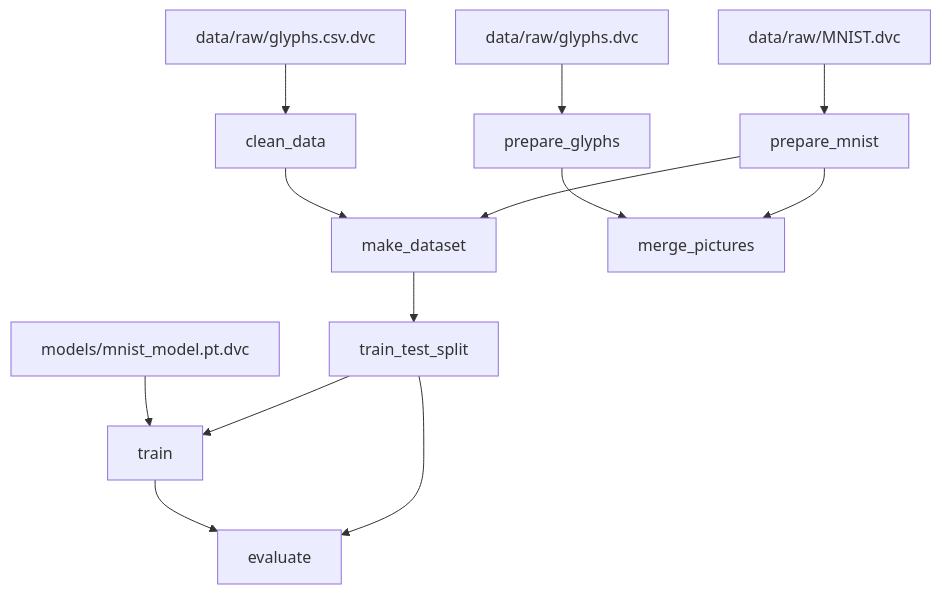
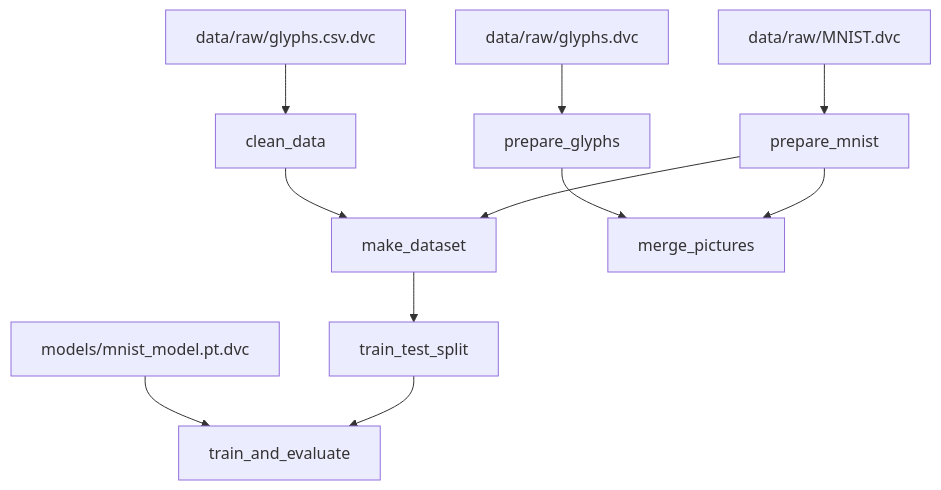
Before and after one commit to nazavr322/ukr-handwriting-classification: the diagram in README.md, drawn with Mermaid. The commit also changed other lines of this file, not shown here.

````diff
--- a/README.md
+++ b/README.md
@@ -67,27 +74,24 @@
 ```mermaid
 flowchart TD
 	node1["clean_data"]
 	node2["data/raw/MNIST.dvc"]
 	node3["data/raw/glyphs.csv.dvc"]
 	node4["data/raw/glyphs.dvc"]
-	node5["evaluate"]
-	node6["make_dataset"]
-	node7["merge_pictures"]
-	node8["models/mnist_model.pt.dvc"]
-	node9["prepare_glyphs"]
-	node10["prepare_mnist"]
-	node11["train"]
-	node12["train_test_split"]
-	node1-->node6
-	node2-->node10
+	node5["make_dataset"]
+	node6["merge_pictures"]
+	node7["models/mnist_model.pt.dvc"]
+	node8["prepare_glyphs"]
+	node9["prepare_mnist"]
+	node10["train_and_evaluate"]
+	node11["train_test_split"]
+	node1-->node5
+	node2-->node9
 	node3-->node1
-	node4-->node9
-	node6-->node12
-	node8-->node11
-	node9-->node7
-	node10-->node6
-	node10-->node7
-	node11-->node5
-	node12-->node5
-	node12-->node11
+	node4-->node8
+	node5-->node11
+	node7-->node10
+	node8-->node6
+	node9-->node5
+	node9-->node6
+	node11-->node10
 ```
````
